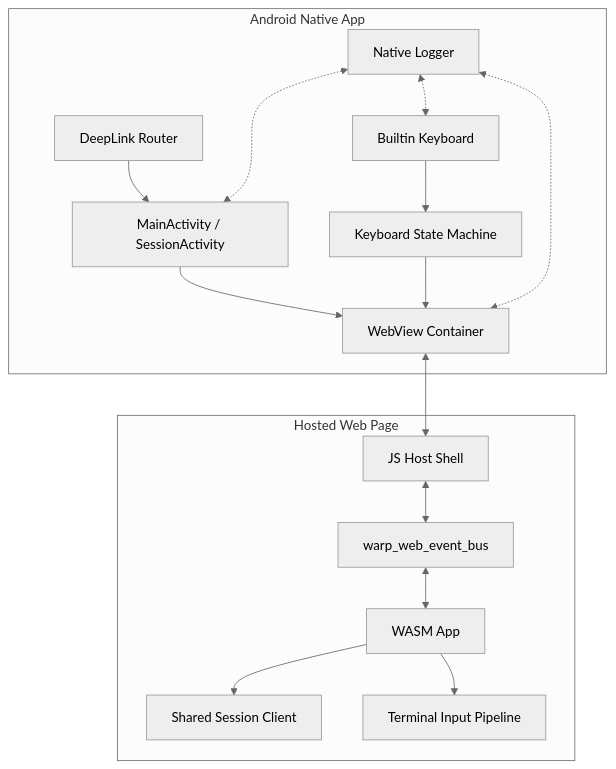
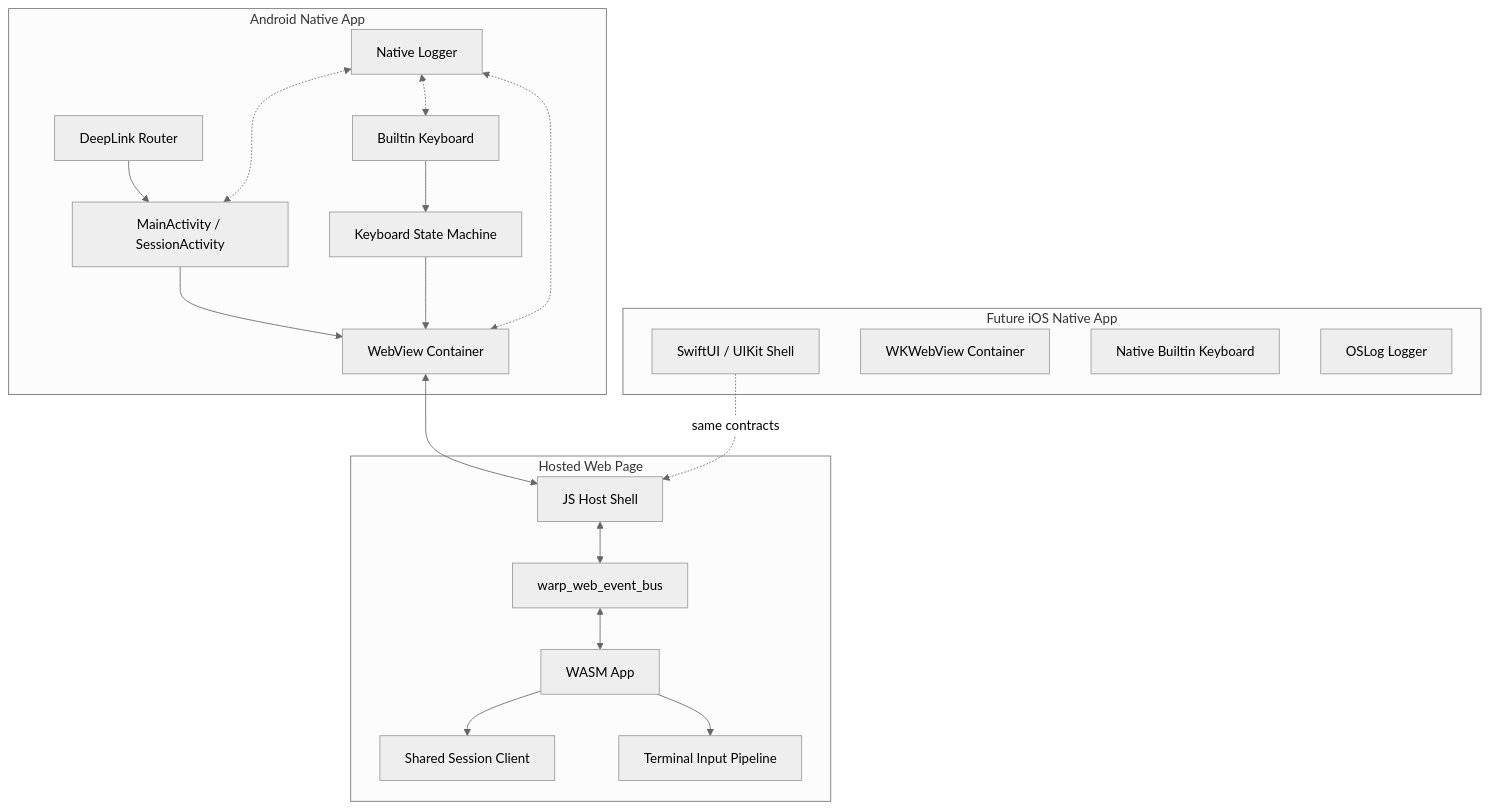
Before and after one commit to ceasarXuu/warp-mobile: the diagram in specs/android-webview-remote-control/TECH.md, drawn with Mermaid (neutral theme). The commit also changed other lines of this file and 6 other files, not shown here.

````diff
--- a/specs/android-webview-remote-control/TECH.md
+++ b/specs/android-webview-remote-control/TECH.md
@@ -22,32 +24,40 @@
 ```mermaid
 flowchart TB
     subgraph Android["Android Native App"]
         A1["MainActivity / SessionActivity"]
         A2["DeepLink Router"]
         A3["WebView Container"]
         A4["Builtin Keyboard"]
         A5["Keyboard State Machine"]
         A6["Native Logger"]
+    end
+
+    subgraph iOS["Future iOS Native App"]
+        I1["SwiftUI / UIKit Shell"]
+        I2["WKWebView Container"]
+        I3["Native Builtin Keyboard"]
+        I4["OSLog Logger"]
     end
 
     subgraph Web["Hosted Web Page"]
         W1["JS Host Shell"]
         W2["warp_web_event_bus"]
         W3["WASM App"]
         W4["Shared Session Client"]
         W5["Terminal Input Pipeline"]
     end
 
     A2 --> A1
     A1 --> A3
     A4 --> A5
     A5 --> A3
     A3 <--> W1
     W1 <--> W2
     W2 <--> W3
     W3 --> W4
     W3 --> W5
     A6 <-.-> A1
     A6 <-.-> A3
     A6 <-.-> A4
+    I1 -. same contracts .-> W1
 ```
````
